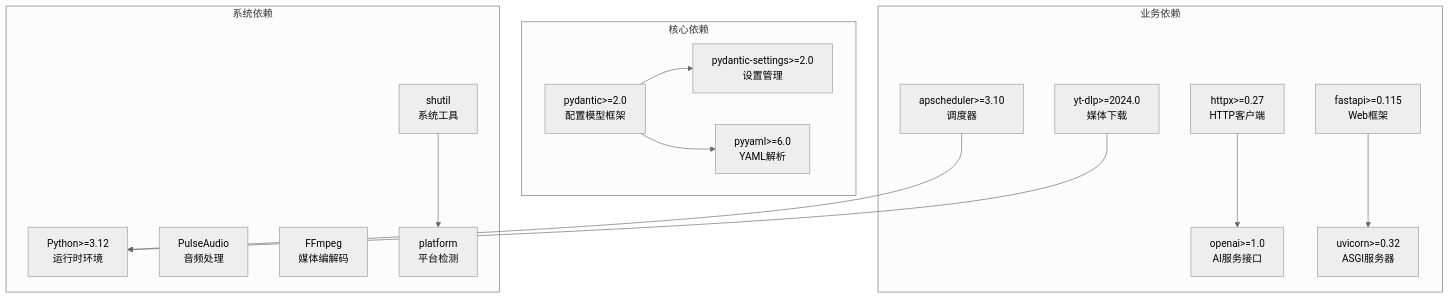
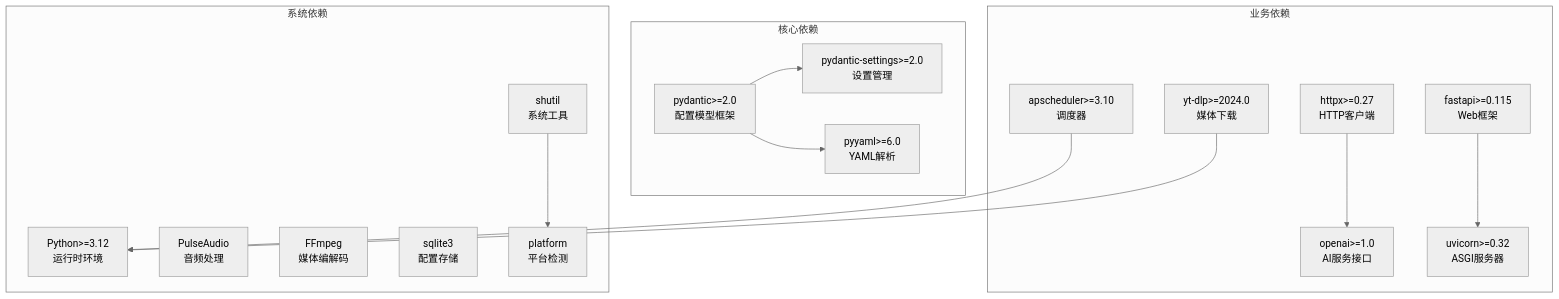
One commit to GhoulOwl/Teamspeak3_Bot changed the ninth of 9 diagrams in .qoder/repowiki/zh/content/配置管理.md. Above: the diagram before and after it, drawn with Mermaid (neutral theme). The commit also changed other lines of this file and 13 other files, not shown here.

````diff
--- a/.qoder/repowiki/zh/content/配置管理.md
+++ b/.qoder/repowiki/zh/content/配置管理.md
@@ -399,30 +483,31 @@
 ```mermaid
 graph TB
 subgraph "核心依赖"
 Pydantic[pydantic>=2.0<br/>配置模型框架]
 PyYAML[pyyaml>=6.0<br/>YAML解析]
 PydanticSettings[pydantic-settings>=2.0<br/>设置管理]
 end
 subgraph "业务依赖"
 HTTPX[httpx>=0.27<br/>HTTP客户端]
 OpenAI[openai>=1.0<br/>AI服务接口]
 APScheduler[apscheduler>=3.10<br/>调度器]
 FastAPI[fastapi>=0.115<br/>Web框架]
 Uvicorn[uvicorn>=0.32<br/>ASGI服务器]
 YTDLP[yt-dlp>=2024.0<br/>媒体下载]
 end
 subgraph "系统依赖"
 Python[Python>=3.12<br/>运行时环境]
 PulseAudio[PulseAudio<br/>音频处理]
 FFmpeg[FFmpeg<br/>媒体编解码]
+SQLite[sqlite3<br/>配置存储]
 Shutil[shutil<br/>系统工具]
 Platform[platform<br/>平台检测]
 end
 Pydantic --> PydanticSettings
 Pydantic --> PyYAML
 HTTPX --> OpenAI
 FastAPI --> Uvicorn
 APScheduler --> Python
 YTDLP --> Python
 Shutil --> Platform
 ```
````
